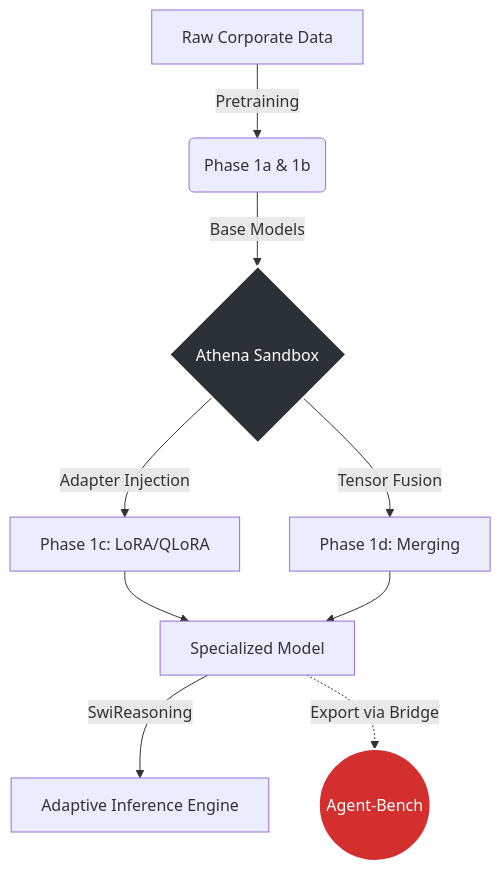
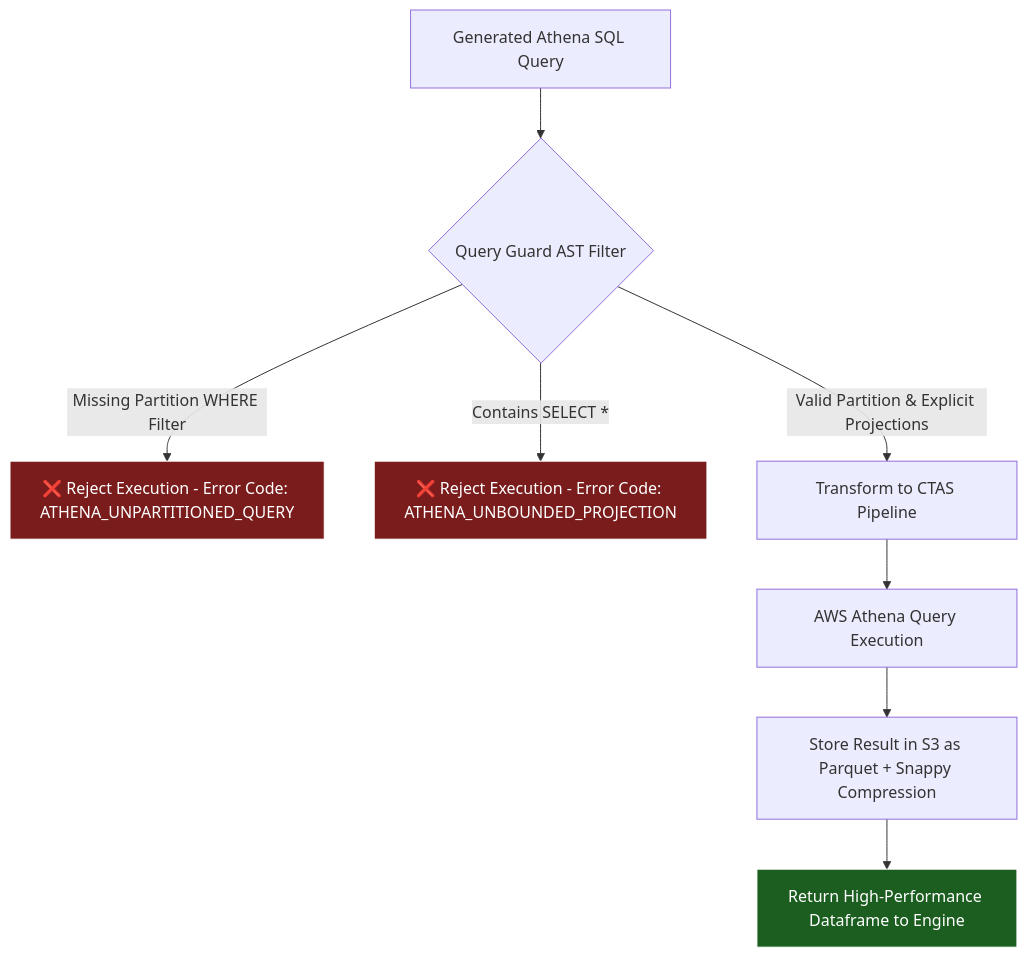
The second of 2 diagrams in README.md (vfcarida/Athena-reasoning-sandbox), drawn with Mermaid before and after one commit. The commit also changed other lines of this file and 7 other files, not shown here.

Commit message:
feat(phase1): implement Cognitive-Executive Separation, P-t-E schemas, and Parallax boundary

````diff
--- a/README.md
+++ b/README.md
@@ -34,17 +53,17 @@
 ```mermaid
-graph TD
-    A[Raw Corporate Data] -->|Pretraining| B(Phase 1a & 1b)
-    B -->|Base Models| C{Athena Sandbox}
+flowchart TD
+    SQL[Generated Athena SQL Query] --> Guard{Query Guard AST Filter}
     
-    C -->|Adapter Injection| D[Phase 1c: LoRA/QLoRA]
-    C -->|Tensor Fusion| E[Phase 1d: Merging]
+    Guard -->|Missing Partition WHERE Filter| Reject1[❌ Reject Execution - Error Code: ATHENA_UNPARTITIONED_QUERY]
+    Guard -->|Contains SELECT *| Reject2[❌ Reject Execution - Error Code: ATHENA_UNBOUNDED_PROJECTION]
     
-    D --> F[Specialized Model]
-    E --> F
+    Guard -->|Valid Partition & Explicit Projections| CTAS[Transform to CTAS Pipeline]
     
-    F -->|SwiReasoning| G[Adaptive Inference Engine]
-    F -.->|Export via Bridge| H((Agent-Bench))
-    
-    style C fill:#2b3137,stroke:#fff,stroke-width:2px,color:#fff
-    style H fill:#d32f2f,stroke:#fff,stroke-width:2px,color:#fff
+    CTAS --> Athena[AWS Athena Query Execution]
+    Athena --> S3[Store Result in S3 as Parquet + Snappy Compression]
+    S3 --> Result[Return High-Performance Dataframe to Engine]
+
+    style Reject1 fill:#7a1c1c,stroke:#fff,color:#fff
+    style Reject2 fill:#7a1c1c,stroke:#fff,color:#fff
+    style Result fill:#1b5e20,stroke:#fff,color:#fff
 ```
````
